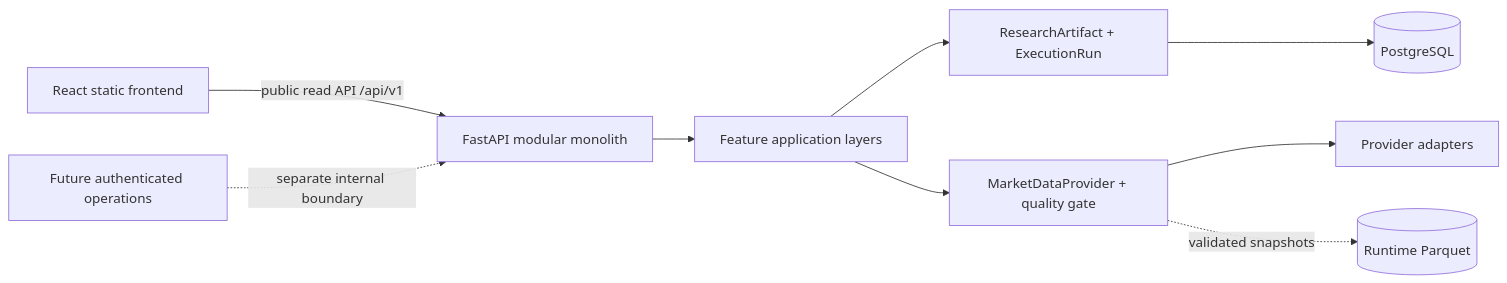
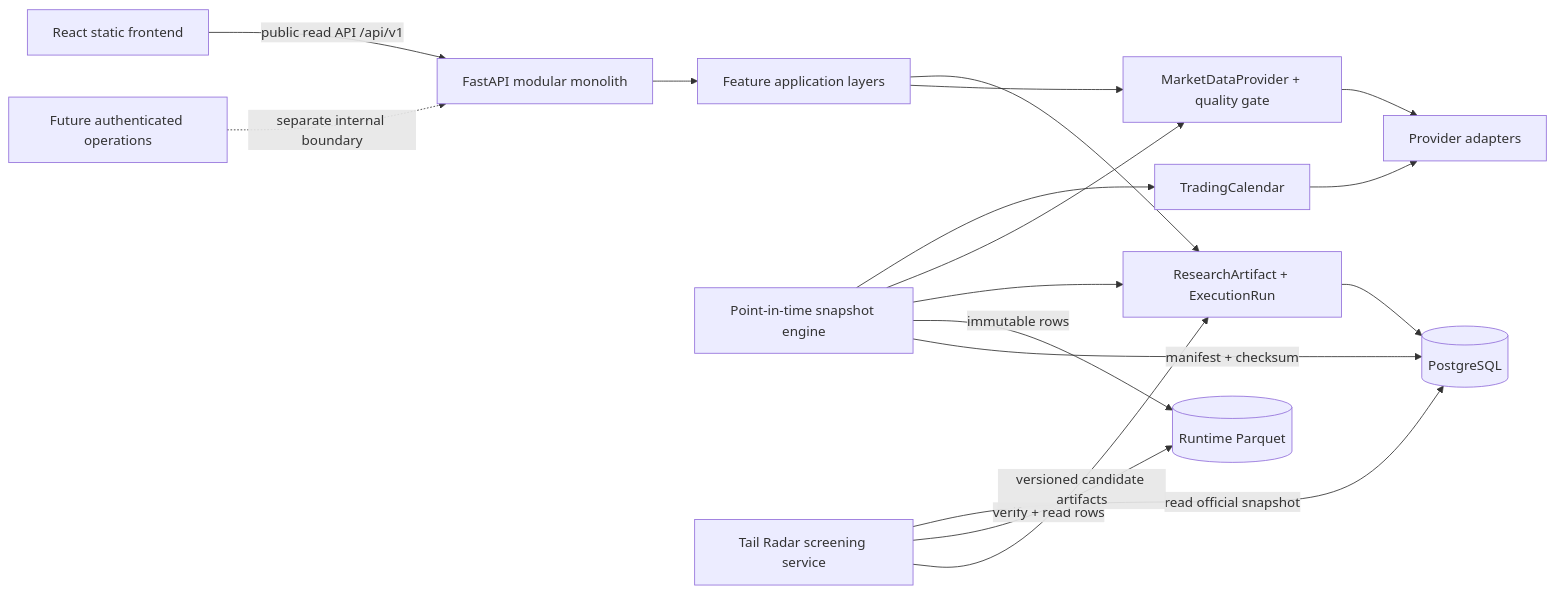
One commit to Y-jerryg/a-stock-lab changed the diagram in docs/architecture.md. Above: the diagram before and after it, drawn with Mermaid. The commit also changed other lines of this file and 64 other files, not shown here.

Commit message:
TAIL RADAR SCREENING23

````diff
--- a/docs/architecture.md
+++ b/docs/architecture.md
@@ -9,11 +9,19 @@
 ```mermaid
 flowchart LR
   Browser["React static frontend"] -->|"public read API /api/v1"| API["FastAPI modular monolith"]
   API --> Features["Feature application layers"]
   Features --> Shared["ResearchArtifact + ExecutionRun"]
   Features --> MarketData["MarketDataProvider + quality gate"]
   MarketData --> Adapters["Provider adapters"]
+  Calendar["TradingCalendar"] --> Adapters
+  Engine["Point-in-time snapshot engine"] --> Calendar
+  Engine --> MarketData
+  Engine --> Shared
   Shared --> Postgres[(PostgreSQL)]
-  MarketData -. "validated snapshots" .-> Parquet[(Runtime Parquet)]
+  Engine -->|"immutable rows"| Parquet[(Runtime Parquet)]
+  Engine -->|"manifest + checksum"| Postgres
+  TailRadar["Tail Radar screening service"] -->|"read official snapshot"| Postgres
+  TailRadar -->|"verify + read rows"| Parquet
+  TailRadar -->|"versioned candidate artifacts"| Shared
   Internal["Future authenticated operations"] -.->|"separate internal boundary"| API
 ```
````
